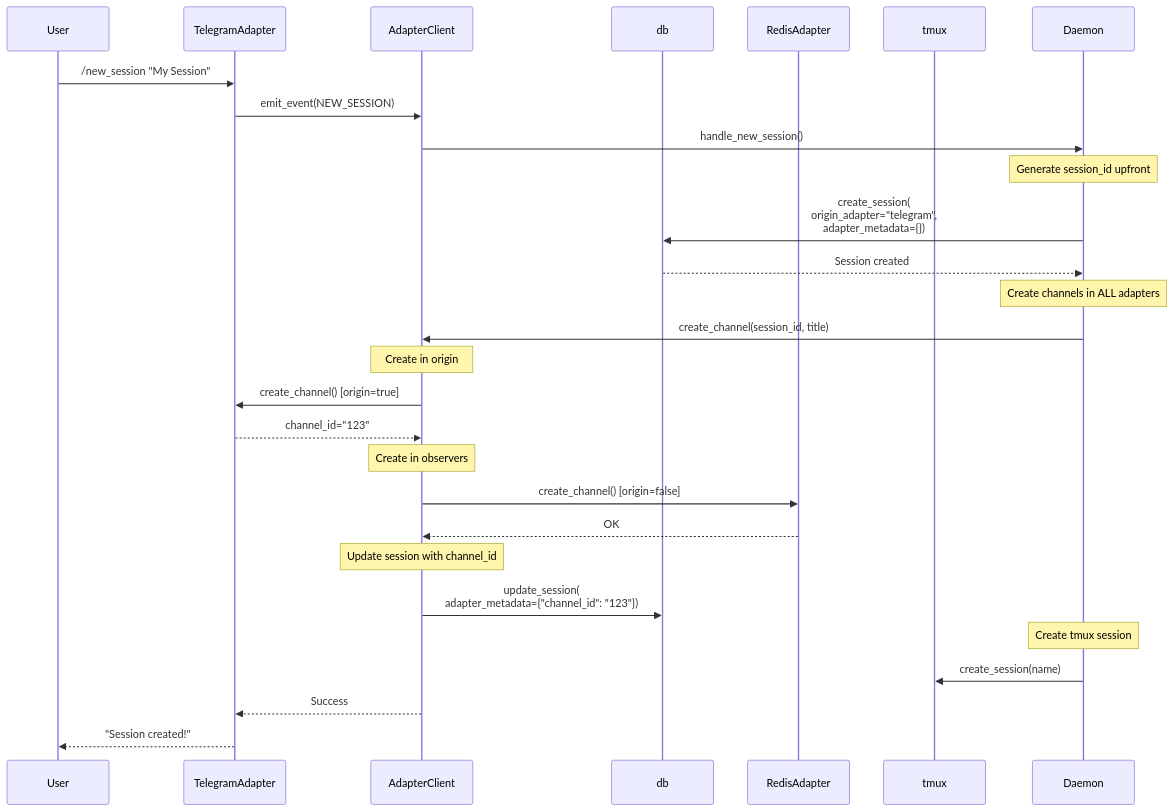
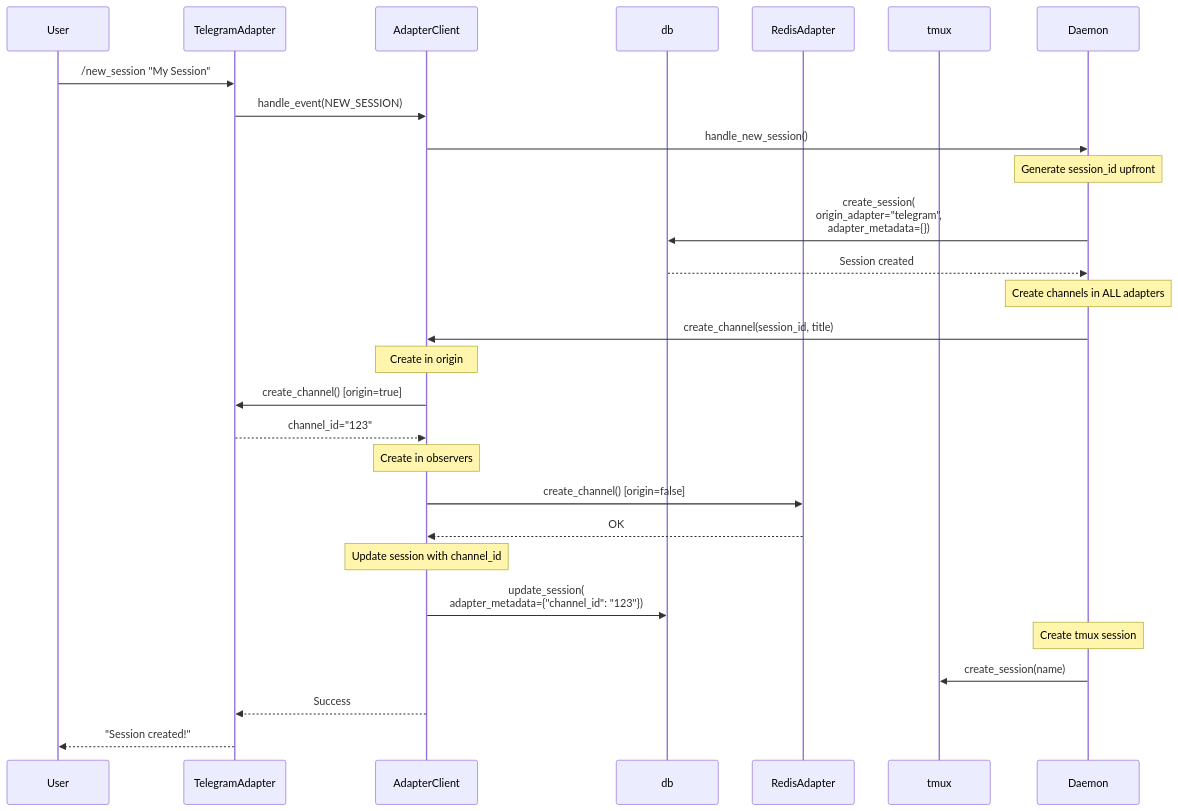
The seventh of 8 diagrams in docs/architecture.md (InstruktAI/TeleClaude), drawn with Mermaid before and after one commit. The commit also changed other lines of this file and 22 other files, not shown here.

````diff
--- a/docs/architecture.md
+++ b/docs/architecture.md
@@ -605,37 +605,37 @@
 ```mermaid
 sequenceDiagram
     participant User
     participant TG as TelegramAdapter
     participant Client as AdapterClient
     participant SM as db
     participant Redis as RedisAdapter
     participant tmux
 
     User->>TG: /new_session "My Session"
-    TG->>Client: emit_event(NEW_SESSION)
+    TG->>Client: handle_event(NEW_SESSION)
     Client->>Daemon: handle_new_session()
 
     Note over Daemon: Generate session_id upfront
     Daemon->>SM: create_session(<br/>origin_adapter="telegram",<br/>adapter_metadata={})
     SM-->>Daemon: Session created
 
     Note over Daemon: Create channels in ALL adapters
     Daemon->>Client: create_channel(session_id, title)
 
     Note over Client: Create in origin
     Client->>TG: create_channel() [origin=true]
     TG-->>Client: channel_id="123"
 
     Note over Client: Create in observers
     Client->>Redis: create_channel() [origin=false]
     Redis-->>Client: OK
 
     Note over Client: Update session with channel_id
     Client->>SM: update_session(<br/>adapter_metadata={"channel_id": "123"})
 
     Note over Daemon: Create tmux session
     Daemon->>tmux: create_session(name)
 
     Client-->>TG: Success
     TG-->>User: "Session created!"
 ```
````
